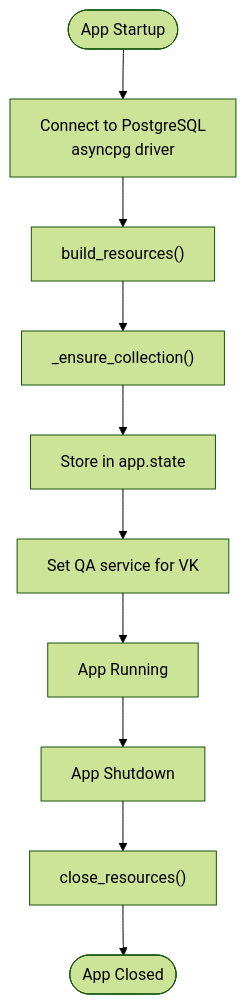
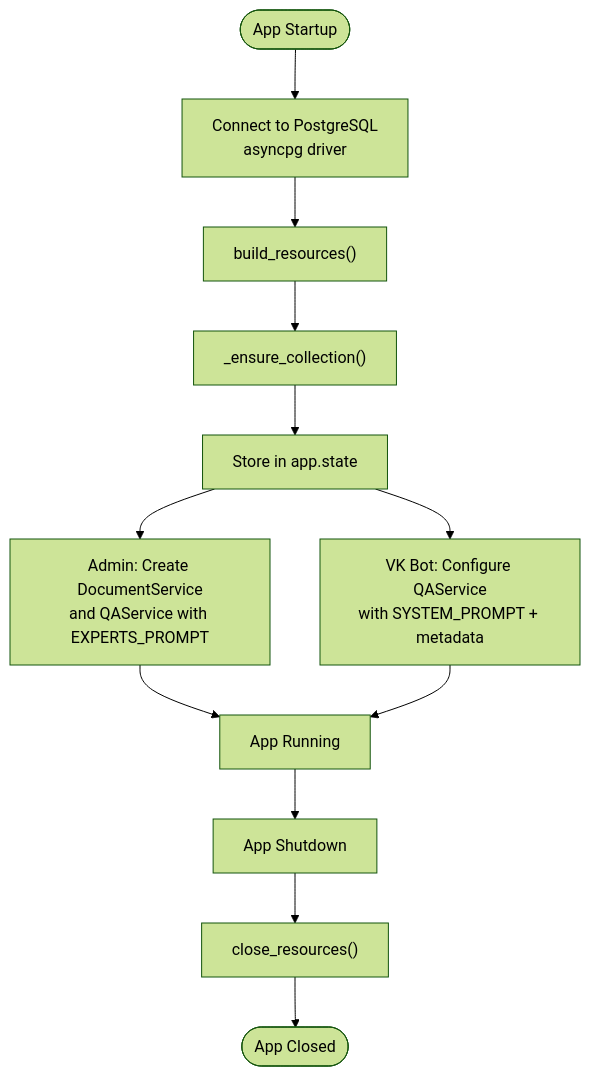
The fourth of 8 diagrams in .qoder/repowiki/en/content/API Reference/Resource Management System.md (ognelis/cafetera_hr_bot), drawn with Mermaid (forest theme) before and after one commit. The commit also changed other lines of this file and 51 other files, not shown here.

````diff
--- a/.qoder/repowiki/en/content/API Reference/Resource Management System.md
+++ b/.qoder/repowiki/en/content/API Reference/Resource Management System.md
@@ -270,12 +231,14 @@
 ```mermaid
 flowchart TD
 Start([App Startup]) --> InitDB["Connect to PostgreSQL<br/>asyncpg driver"]
 InitDB --> BuildRes["build_resources()"]
 BuildRes --> EnsureColl["_ensure_collection()"]
 EnsureColl --> StoreState["Store in app.state"]
-StoreState --> VKHandlers["Set QA service for VK"]
-VKHandlers --> Running["App Running"]
+StoreState --> AdminSetup["Admin: Create DocumentService<br/>and QAService with EXPERTS_PROMPT"]
+StoreState --> VKSetup["VK Bot: Configure QAService<br/>with SYSTEM_PROMPT + metadata"]
+AdminSetup --> Running["App Running"]
+VKSetup --> Running
 Running --> Shutdown["App Shutdown"]
 Shutdown --> CloseRes["close_resources()"]
 CloseRes --> End([App Closed])
 ```
````
